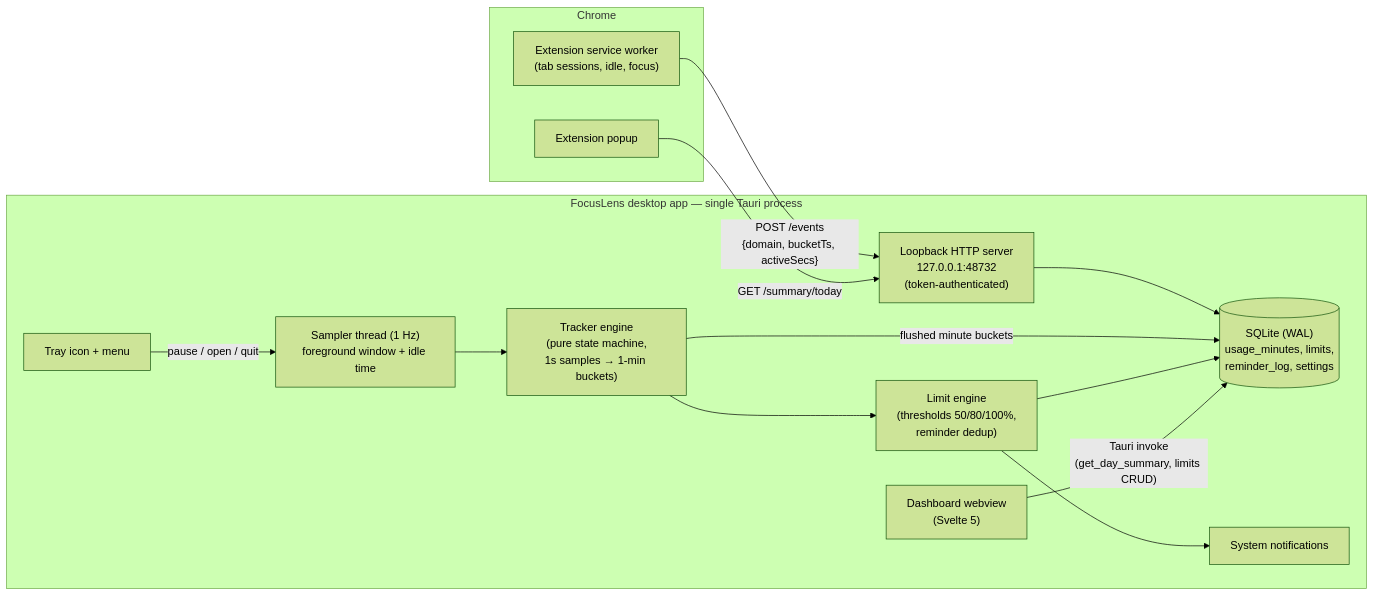
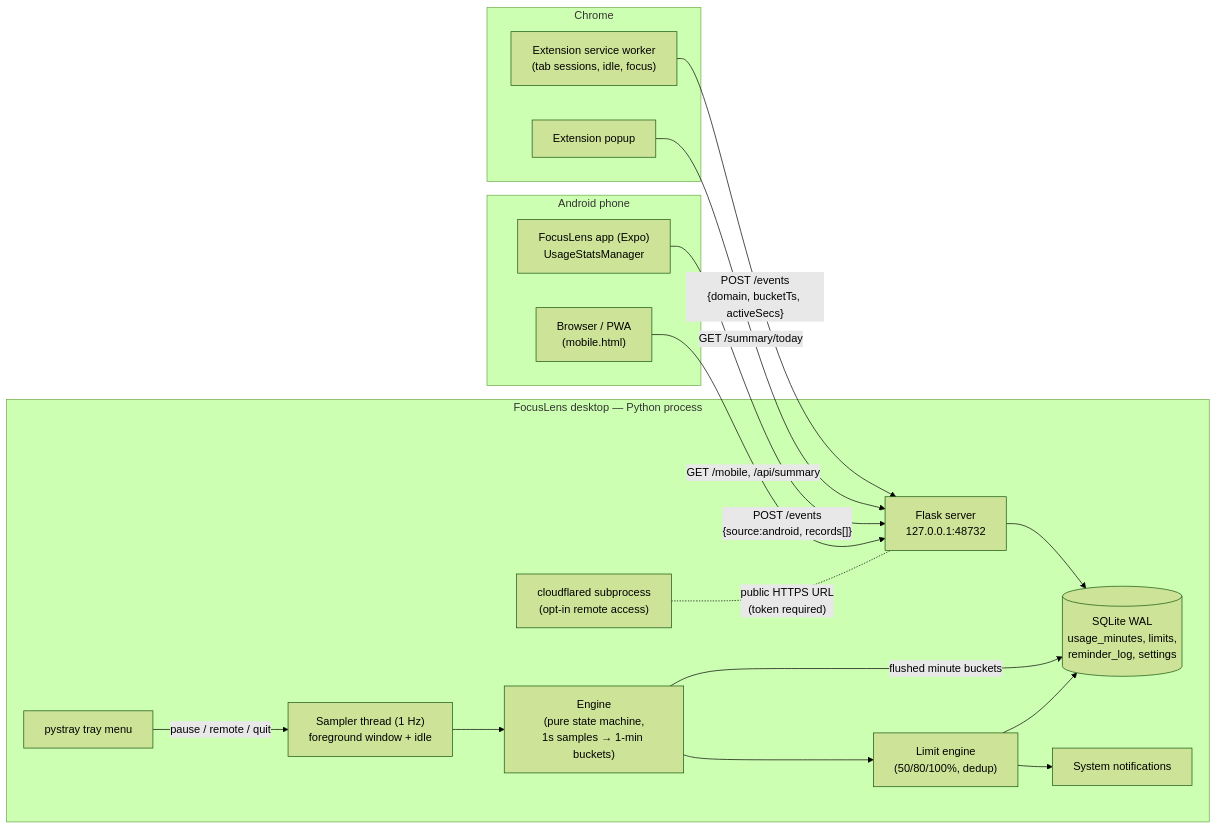
The diagram in ARCHITECTURE.md (Martin-Atanasov123/FocusLens), drawn with Mermaid (forest theme) before and after one commit. The commit also changed other lines of this file and 6 other files, not shown here.

````diff
--- a/ARCHITECTURE.md
+++ b/ARCHITECTURE.md
@@ -3,29 +3,36 @@
 ```mermaid
 flowchart LR
     subgraph chrome [Chrome]
         EXT["Extension service worker<br/>(tab sessions, idle, focus)"]
         POPUP[Extension popup]
     end
 
-    subgraph desktop [FocusLens desktop app — single Tauri process]
-        SERVER["Loopback HTTP server<br/>127.0.0.1:48732<br/>(token-authenticated)"]
-        SAMPLER["Sampler thread (1 Hz)<br/>foreground window + idle time"]
-        ENGINE["Tracker engine<br/>(pure state machine,<br/>1s samples → 1-min buckets)"]
-        LIMITS["Limit engine<br/>(thresholds 50/80/100%,<br/>reminder dedup)"]
-        STORE[("SQLite (WAL)<br/>usage_minutes, limits,<br/>reminder_log, settings")]
-        UI["Dashboard webview<br/>(Svelte 5)"]
-        TRAY[Tray icon + menu]
+    subgraph phone [Android phone]
+        APP["FocusLens app (Expo)<br/>UsageStatsManager"]
+        PWA["Browser / PWA<br/>(mobile.html)"]
+    end
+
+    subgraph desktop [FocusLens desktop — Python process]
+        SERVER["Flask server<br/>127.0.0.1:48732"]
+        SAMPLER["Sampler thread (1 Hz)<br/>foreground window + idle"]
+        ENGINE["Engine<br/>(pure state machine,<br/>1s samples → 1-min buckets)"]
+        LIMITS["Limit engine<br/>(50/80/100%, dedup)"]
+        STORE[("SQLite WAL<br/>usage_minutes, limits,<br/>reminder_log, settings")]
+        TRAY[pystray tray menu]
+        TUNNEL["cloudflared subprocess<br/>(opt-in remote access)"]
         NOTIF[System notifications]
     end
 
     EXT -- "POST /events<br/>{domain, bucketTs, activeSecs}" --> SERVER
     POPUP -- "GET /summary/today" --> SERVER
+    APP -- "POST /events<br/>{source:android, records[]}" --> SERVER
+    PWA -- "GET /mobile, /api/summary" --> SERVER
+    TUNNEL -. "public HTTPS URL<br/>(token required)" .- SERVER
     SERVER --> STORE
     SAMPLER --> ENGINE
     ENGINE -- "flushed minute buckets" --> STORE
     ENGINE --> LIMITS
     LIMITS --> NOTIF
     LIMITS --> STORE
-    UI -- "Tauri invoke<br/>(get_day_summary, limits CRUD)" --> STORE
-    TRAY -- "pause / open / quit" --> SAMPLER
+    TRAY -- "pause / remote / quit" --> SAMPLER
 ```
````
